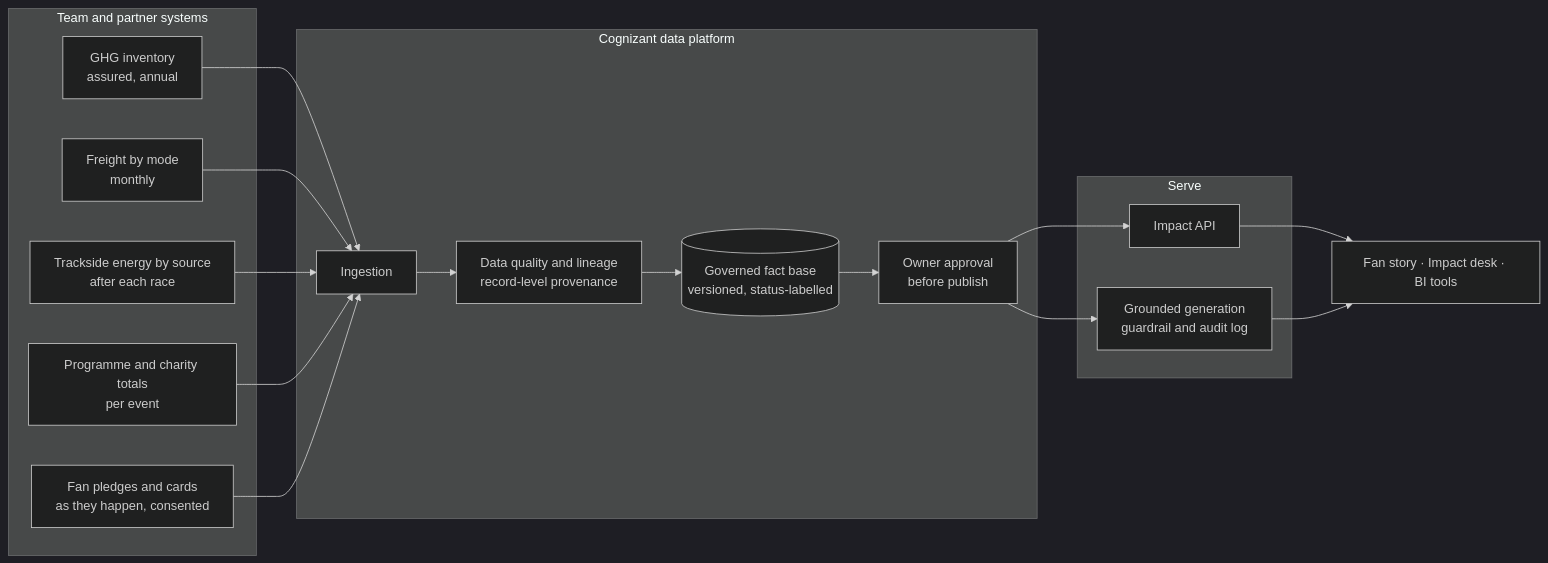
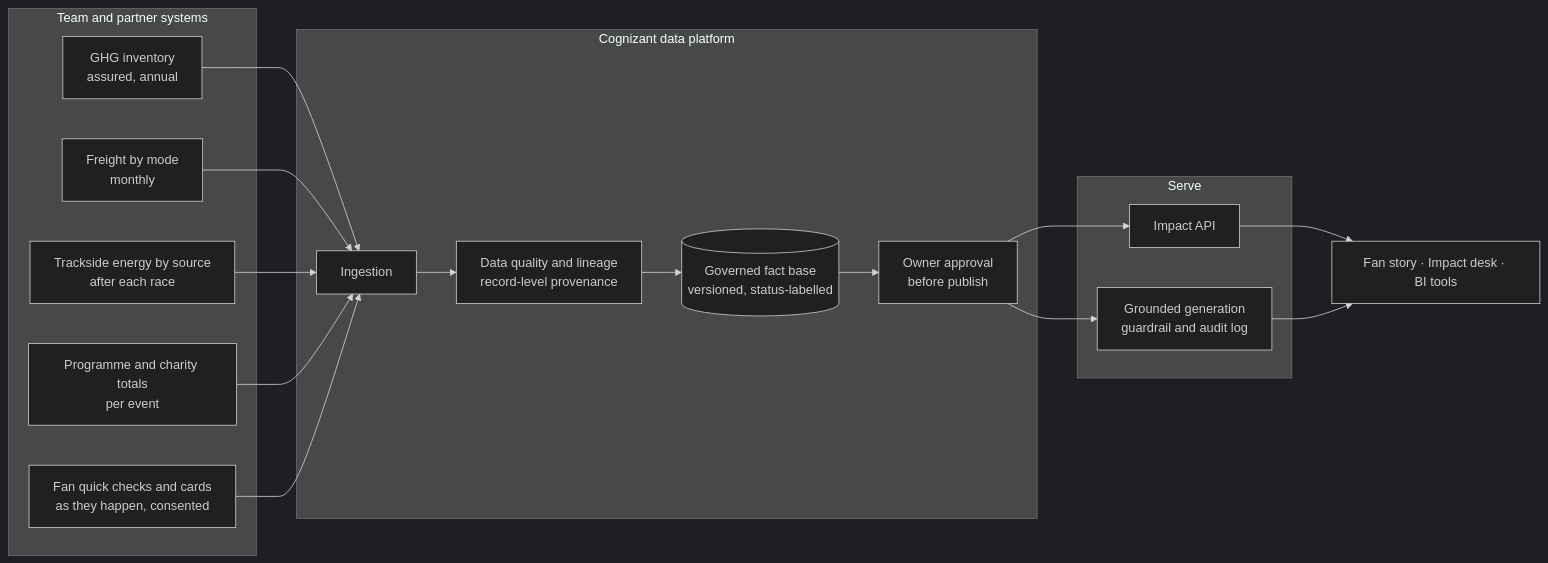
The second of 2 diagrams in docs/architecture.md (maahir-garg/cognizant-amf1), drawn with Mermaid (dark theme) before and after one commit. The commit also changed other lines of this file and 26 other files, not shown here.

Commit message:
docs: bring README, AGENTS, architecture, API, demo script and rationale in line with the build

````diff
--- a/docs/architecture.md
+++ b/docs/architecture.md
@@ -116,27 +114,27 @@
 ```mermaid
 flowchart LR
   subgraph Team["Team and partner systems"]
     GHG["GHG inventory<br/>assured, annual"]
     LOG[Freight by mode<br/>monthly]
     ENERGY[Trackside energy by source<br/>after each race]
     PROG[Programme and charity totals<br/>per event]
-    FANS[Fan pledges and cards<br/>as they happen, consented]
+    FANS[Fan quick checks and cards<br/>as they happen, consented]
   end
 
   subgraph Platform["Cognizant data platform"]
     ING[Ingestion]
     DQ["Data quality and lineage<br/>record-level provenance"]
     FB[("Governed fact base<br/>versioned, status-labelled")]
     APPROVE[Owner approval<br/>before publish]
   end
 
   subgraph Serve
     APIGW[Impact API]
     AIS[Grounded generation<br/>guardrail and audit log]
   end
 
   GHG & LOG & ENERGY & PROG --> ING --> DQ --> FB --> APPROVE --> APIGW & AIS
   FANS --> ING
   APIGW --> Apps[Fan story · Impact desk · BI tools]
   AIS --> Apps
 ```
````
